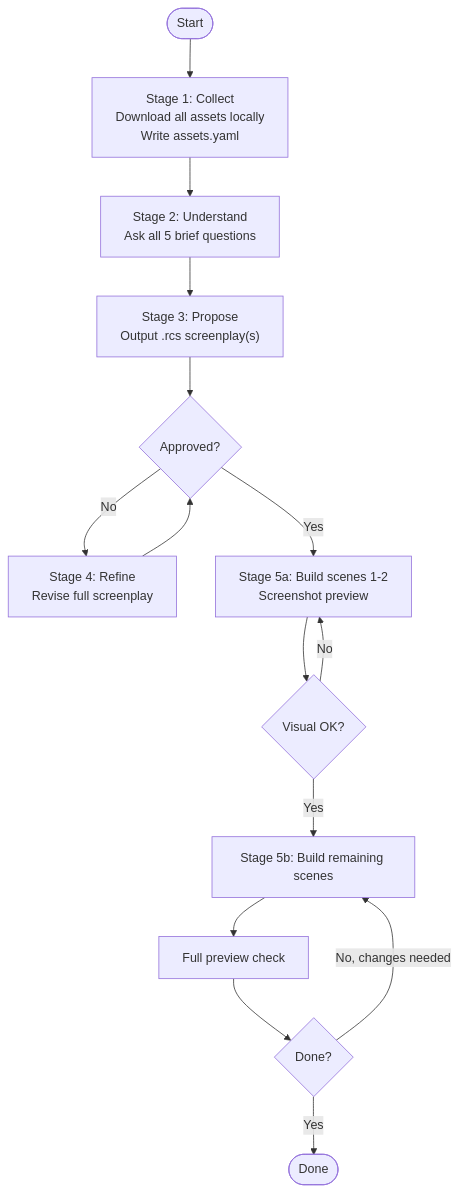
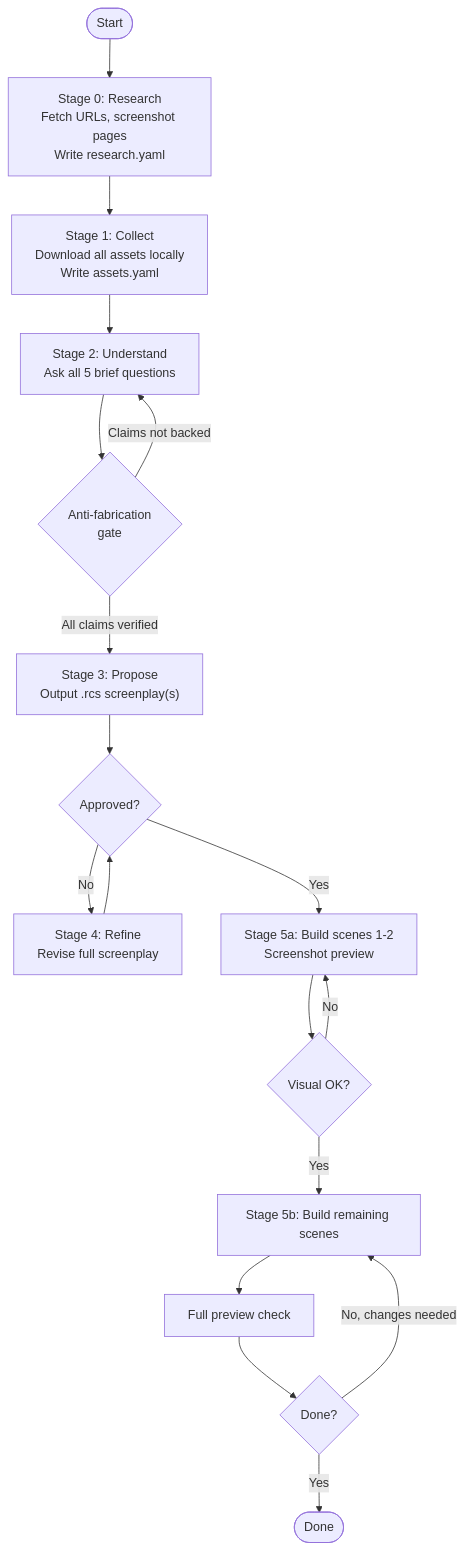
One commit to ikouchiha47/roughcut changed the diagram in SKILL.md. Above: the diagram before and after it, drawn with Mermaid. The commit also changed other lines of this file, not shown here.

First line of the commit message:
feat: add research stage and anti-fabrication gate to SKILL.md

````diff
--- a/SKILL.md
+++ b/SKILL.md
@@ -24,17 +24,20 @@
 ```mermaid
 flowchart TD
-    A(["Start"]) --> B["Stage 1: Collect<br/>Download all assets locally<br/>Write assets.yaml"]
+    A(["Start"]) --> R["Stage 0: Research<br/>Fetch URLs, screenshot pages<br/>Write research.yaml"]
+    R --> B["Stage 1: Collect<br/>Download all assets locally<br/>Write assets.yaml"]
     B --> C["Stage 2: Understand<br/>Ask all 5 brief questions"]
-    C --> D["Stage 3: Propose<br/>Output .rcs screenplay(s)"]
+    C --> G0{"Anti-fabrication<br/>gate"}
+    G0 -- "Claims not backed" --> C
+    G0 -- "All claims verified" --> D["Stage 3: Propose<br/>Output .rcs screenplay(s)"]
     D --> E{"Approved?"}
     E -- No --> F["Stage 4: Refine<br/>Revise full screenplay"]
     F --> E
     E -- Yes --> G["Stage 5a: Build scenes 1-2<br/>Screenshot preview"]
     G --> H{"Visual OK?"}
     H -- No --> G
     H -- Yes --> I["Stage 5b: Build remaining scenes"]
     I --> J["Full preview check"]
     J --> K{"Done?"}
     K -- "No, changes needed" --> I
     K -- Yes --> Z(["Done"])
 ```
````
